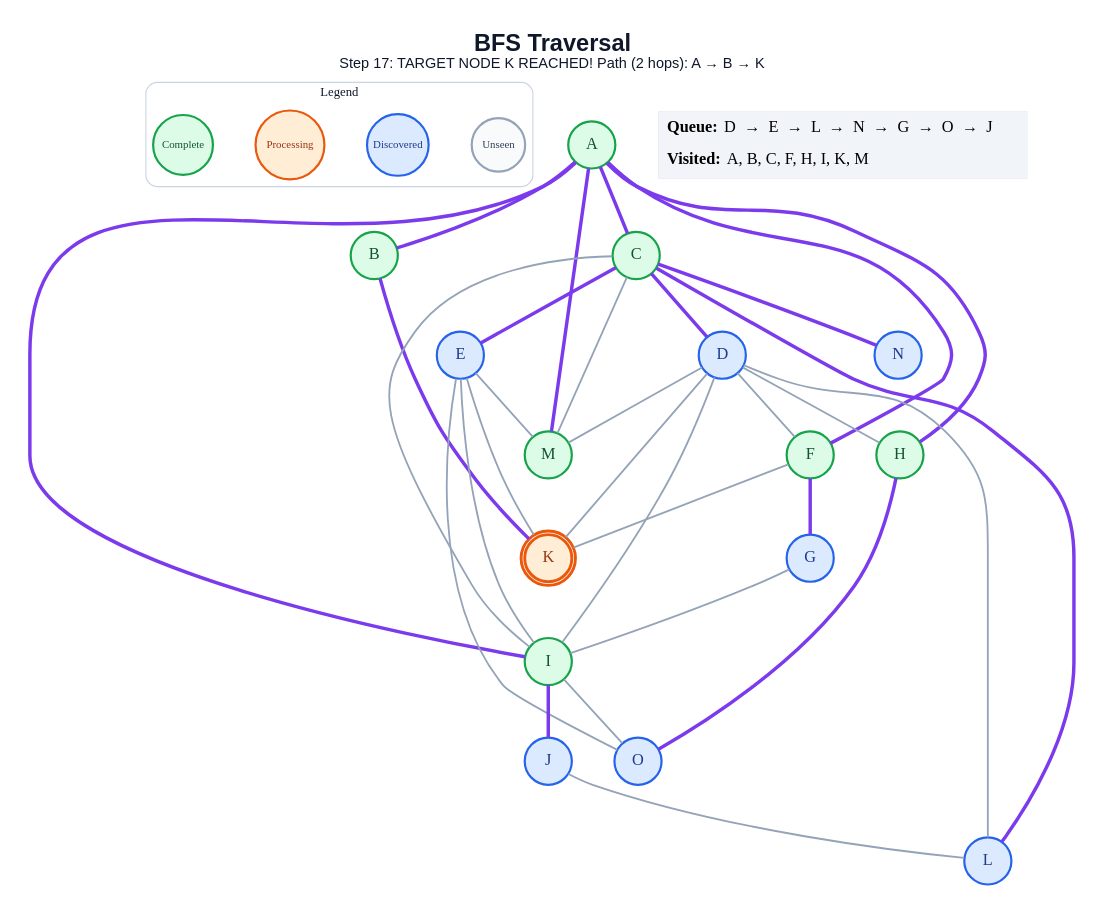
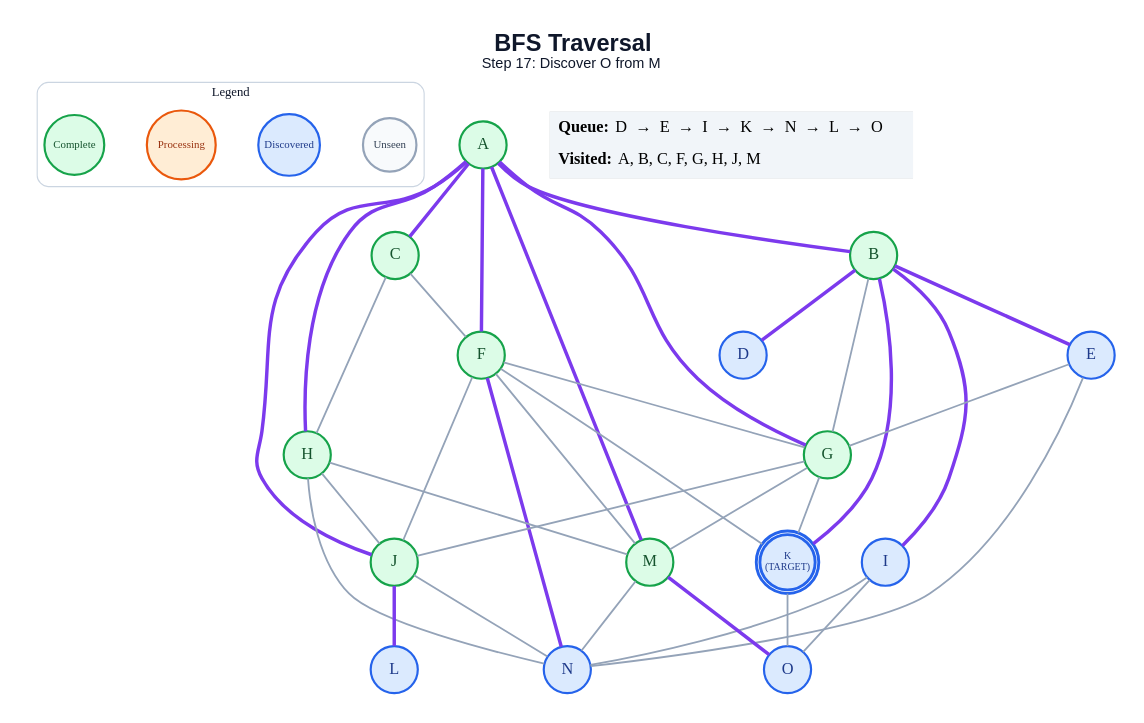
One commit to anon7238593-create/ai-slop changed the diagram in generated/specific-node/bfs/step_17.dot. Above: the diagram before and after it, drawn with Graphviz. The commit also changed 217 other files, not shown here.

```diff
--- a/generated/specific-node/bfs/step_17.dot
+++ b/generated/specific-node/bfs/step_17.dot
@@ -1,64 +1,68 @@
 graph traversal {
   graph [layout=dot, rankdir=TB, bgcolor="#FFFFFF", pad="0.35", nodesep="0.65", ranksep="0.8", fontname="Arial"];
   node [shape=circle, style="filled", fontname="Arial Bold", fontsize=18, width=0.72, fixedsize=true, penwidth=2.4];
   edge [color="#94A3B8", penwidth=2.0];
-  label=<<B>BFS Traversal</B><BR/><FONT POINT-SIZE="16">Step 17: TARGET NODE K REACHED! Path (2 hops): A → B → K</FONT>>; labelloc="t"; fontsize=26; fontname="Arial"; fontcolor="#0F172A";
+  label=<<B>BFS Traversal</B><BR/><FONT POINT-SIZE="16">Step 17: Discover O from M</FONT>>; labelloc="t"; fontsize=26; fontname="Arial"; fontcolor="#0F172A";
   subgraph cluster_legend { label="Legend"; color="#CBD5E1"; penwidth=1.2; style="rounded"; fontsize=14; fontname="Arial Bold";
     key_unseen [label="Unseen", fillcolor="#F8FAFC", color="#94A3B8", fontcolor="#334155", fontsize=12, width=0.82];
     key_frontier [label="Discovered", fillcolor="#DBEAFE", color="#2563EB", fontcolor="#1E3A8A", fontsize=12, width=0.95];
     key_current [label="Processing", fillcolor="#FFEDD5", color="#EA580C", fontcolor="#9A3412", fontsize=12, width=1.05];
     key_done [label="Complete", fillcolor="#DCFCE7", color="#16A34A", fontcolor="#14532D", fontsize=12, width=0.92];
     { rank=same; key_unseen; key_frontier; key_current; key_done; }
   }
   A [label="A", fillcolor="#DCFCE7", color="#16A34A", fontcolor="#14532D", peripheries=1, penwidth=2.4];
   B [label="B", fillcolor="#DCFCE7", color="#16A34A", fontcolor="#14532D", peripheries=1, penwidth=2.4];
   C [label="C", fillcolor="#DCFCE7", color="#16A34A", fontcolor="#14532D", peripheries=1, penwidth=2.4];
   D [label="D", fillcolor="#DBEAFE", color="#2563EB", fontcolor="#1E3A8A", peripheries=1, penwidth=2.4];
   E [label="E", fillcolor="#DBEAFE", color="#2563EB", fontcolor="#1E3A8A", peripheries=1, penwidth=2.4];
   F [label="F", fillcolor="#DCFCE7", color="#16A34A", fontcolor="#14532D", peripheries=1, penwidth=2.4];
-  G [label="G", fillcolor="#DBEAFE", color="#2563EB", fontcolor="#1E3A8A", peripheries=1, penwidth=2.4];
+  G [label="G", fillcolor="#DCFCE7", color="#16A34A", fontcolor="#14532D", peripheries=1, penwidth=2.4];
   H [label="H", fillcolor="#DCFCE7", color="#16A34A", fontcolor="#14532D", peripheries=1, penwidth=2.4];
-  I [label="I", fillcolor="#DCFCE7", color="#16A34A", fontcolor="#14532D", peripheries=1, penwidth=2.4];
-  J [label="J", fillcolor="#DBEAFE", color="#2563EB", fontcolor="#1E3A8A", peripheries=1, penwidth=2.4];
-  K [label="K", fillcolor="#FFEDD5", color="#EA580C", fontcolor="#9A3412", peripheries=2, penwidth=3.2];
+  I [label="I", fillcolor="#DBEAFE", color="#2563EB", fontcolor="#1E3A8A", peripheries=1, penwidth=2.4];
+  J [label="J", fillcolor="#DCFCE7", color="#16A34A", fontcolor="#14532D", peripheries=1, penwidth=2.4];
+  K [label="K\n(TARGET)", fillcolor="#DBEAFE", color="#2563EB", fontcolor="#1E3A8A", peripheries=2, penwidth=3.2, fontsize=11, width=0.85, height=0.85];
   L [label="L", fillcolor="#DBEAFE", color="#2563EB", fontcolor="#1E3A8A", peripheries=1, penwidth=2.4];
   M [label="M", fillcolor="#DCFCE7", color="#16A34A", fontcolor="#14532D", peripheries=1, penwidth=2.4];
   N [label="N", fillcolor="#DBEAFE", color="#2563EB", fontcolor="#1E3A8A", peripheries=1, penwidth=2.4];
   O [label="O", fillcolor="#DBEAFE", color="#2563EB", fontcolor="#1E3A8A", peripheries=1, penwidth=2.4];
   A -- B [color="#7C3AED", penwidth=3.8];
   A -- C [color="#7C3AED", penwidth=3.8];
   A -- F [color="#7C3AED", penwidth=3.8];
+  A -- G [color="#7C3AED", penwidth=3.8];
   A -- H [color="#7C3AED", penwidth=3.8];
-  A -- I [color="#7C3AED", penwidth=3.8];
+  A -- J [color="#7C3AED", penwidth=3.8];
   A -- M [color="#7C3AED", penwidth=3.8];
+  B -- D [color="#7C3AED", penwidth=3.8];
+  B -- E [color="#7C3AED", penwidth=3.8];
+  B -- G;
+  B -- I [color="#7C3AED", penwidth=3.8];
   B -- K [color="#7C3AED", penwidth=3.8];
-  C -- D [color="#7C3AED", penwidth=3.8];
-  C -- E [color="#7C3AED", penwidth=3.8];
-  C -- I;
-  C -- L [color="#7C3AED", penwidth=3.8];
-  C -- M;
-  C -- N [color="#7C3AED", penwidth=3.8];
-  D -- F;
-  D -- H;
-  D -- I;
-  D -- K;
-  D -- L;
-  D -- M;
-  E -- I;
-  E -- K;
-  E -- M;
-  E -- O;
-  F -- G [color="#7C3AED", penwidth=3.8];
+  C -- F;
+  C -- H;
+  E -- G;
+  E -- N;
+  F -- G;
+  F -- J;
   F -- K;
-  G -- I;
-  H -- O [color="#7C3AED", penwidth=3.8];
-  I -- J [color="#7C3AED", penwidth=3.8];
+  F -- M;
+  F -- N [color="#7C3AED", penwidth=3.8];
+  G -- J;
+  G -- K;
+  G -- M;
+  H -- J;
+  H -- M;
+  H -- N;
+  I -- N;
   I -- O;
-  J -- L;
+  J -- L [color="#7C3AED", penwidth=3.8];
+  J -- N;
+  K -- O;
+  M -- N;
+  M -- O [color="#7C3AED", penwidth=3.8];
   status [shape=plain, fixedsize=false, width=0, height=0, margin=0, label=<
     <TABLE BORDER="0" CELLBORDER="0" CELLPADDING="7" BGCOLOR="#F1F5F9">
-      <TR><TD ALIGN="LEFT"><B>Queue:</B> D  →  E  →  L  →  N  →  G  →  O  →  J</TD></TR>
-      <TR><TD ALIGN="LEFT"><B>Visited:</B> A, B, C, F, H, I, K, M</TD></TR>
+      <TR><TD ALIGN="LEFT"><B>Queue:</B> D  →  E  →  I  →  K  →  N  →  L  →  O</TD></TR>
+      <TR><TD ALIGN="LEFT"><B>Visited:</B> A, B, C, F, G, H, J, M</TD></TR>
     </TABLE>
   >];
 }
```
